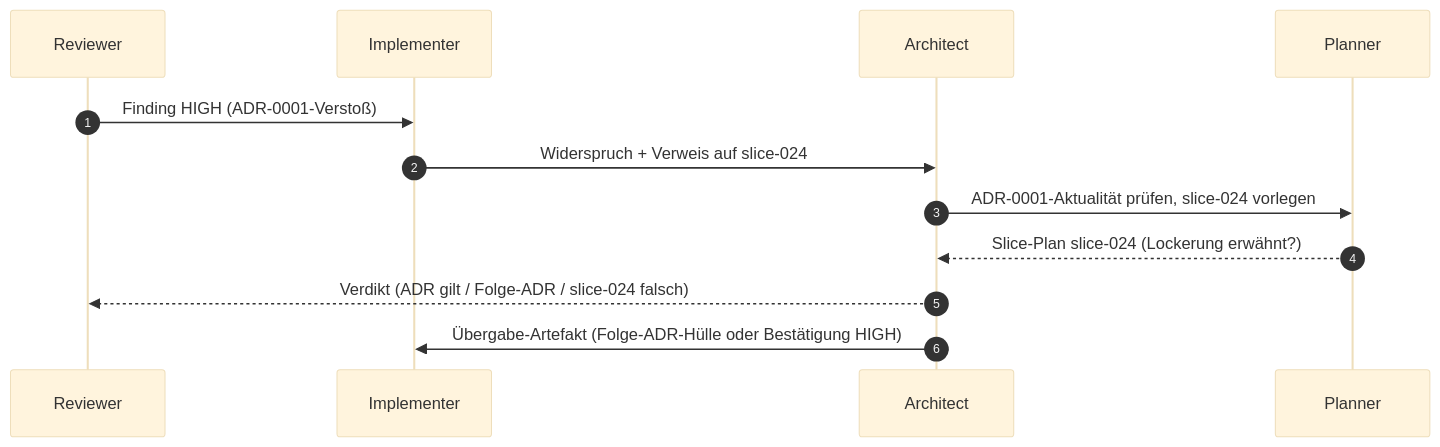
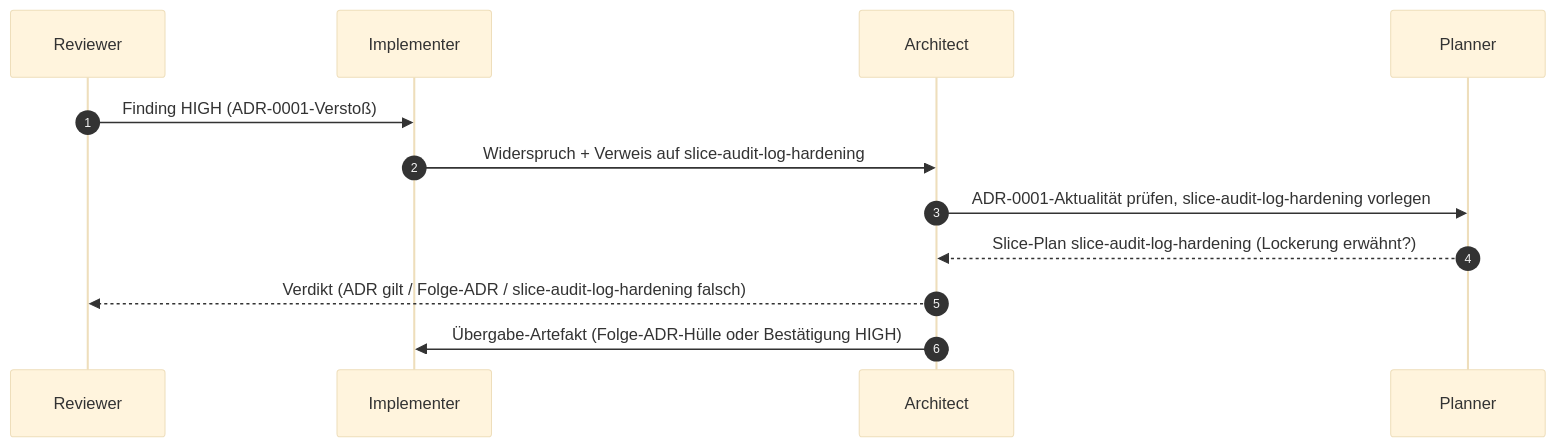
Before and after one commit to pt9912/ai-harness-course: the third of 3 diagrams in kurs/de/03-agenten/modul-08-agentenrollen.md, drawn with Mermaid (base theme). The commit also changed other lines of this file and 160 other files, not shown here.

````diff
--- a/kurs/de/03-agenten/modul-08-agentenrollen.md
+++ b/kurs/de/03-agenten/modul-08-agentenrollen.md
@@ -278,15 +278,15 @@
 ```mermaid
 sequenceDiagram
     autonumber
     participant R as Reviewer
     participant I as Implementer
     participant A as Architect
     participant P as Planner
 
     R->>I: Finding HIGH (ADR-0001-Verstoß)
-    I->>A: Widerspruch + Verweis auf slice-024
-    A->>P: ADR-0001-Aktualität prüfen, slice-024 vorlegen
-    P-->>A: Slice-Plan slice-024 (Lockerung erwähnt?)
-    A-->>R: Verdikt (ADR gilt / Folge-ADR / slice-024 falsch)
+    I->>A: Widerspruch + Verweis auf slice-audit-log-hardening
+    A->>P: ADR-0001-Aktualität prüfen, slice-audit-log-hardening vorlegen
+    P-->>A: Slice-Plan slice-audit-log-hardening (Lockerung erwähnt?)
+    A-->>R: Verdikt (ADR gilt / Folge-ADR / slice-audit-log-hardening falsch)
     A->>I: Übergabe-Artefakt (Folge-ADR-Hülle oder Bestätigung HIGH)
 ```
````
